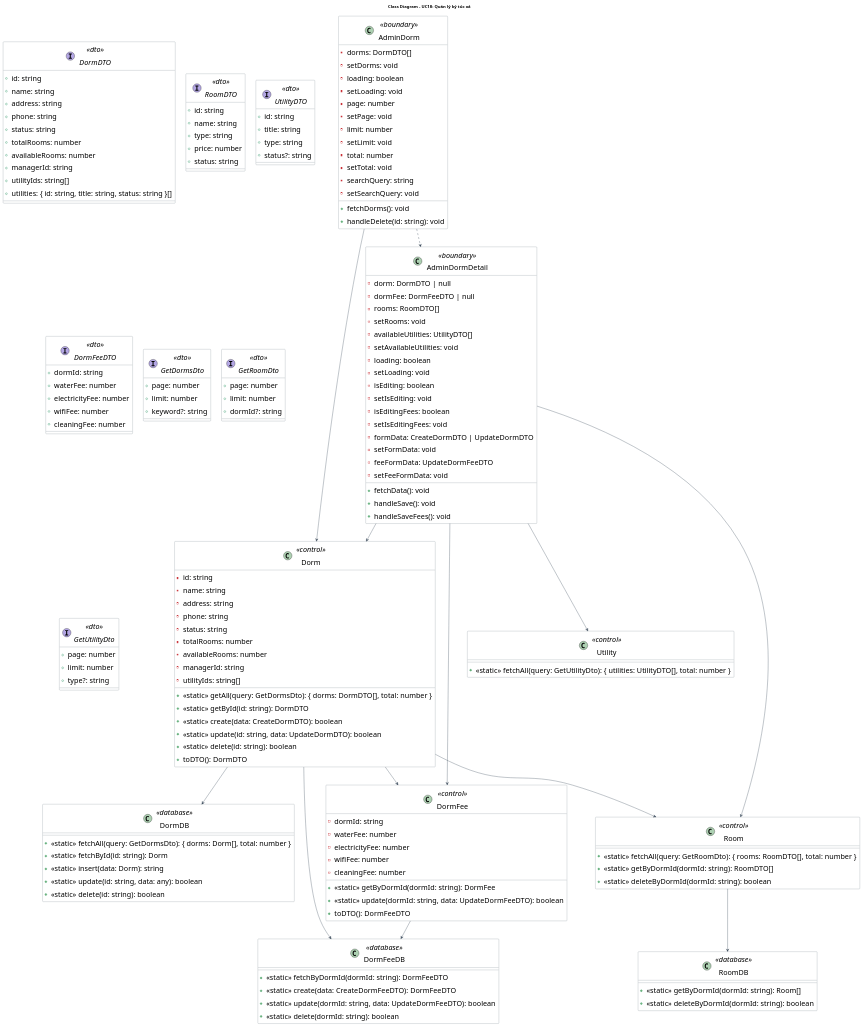
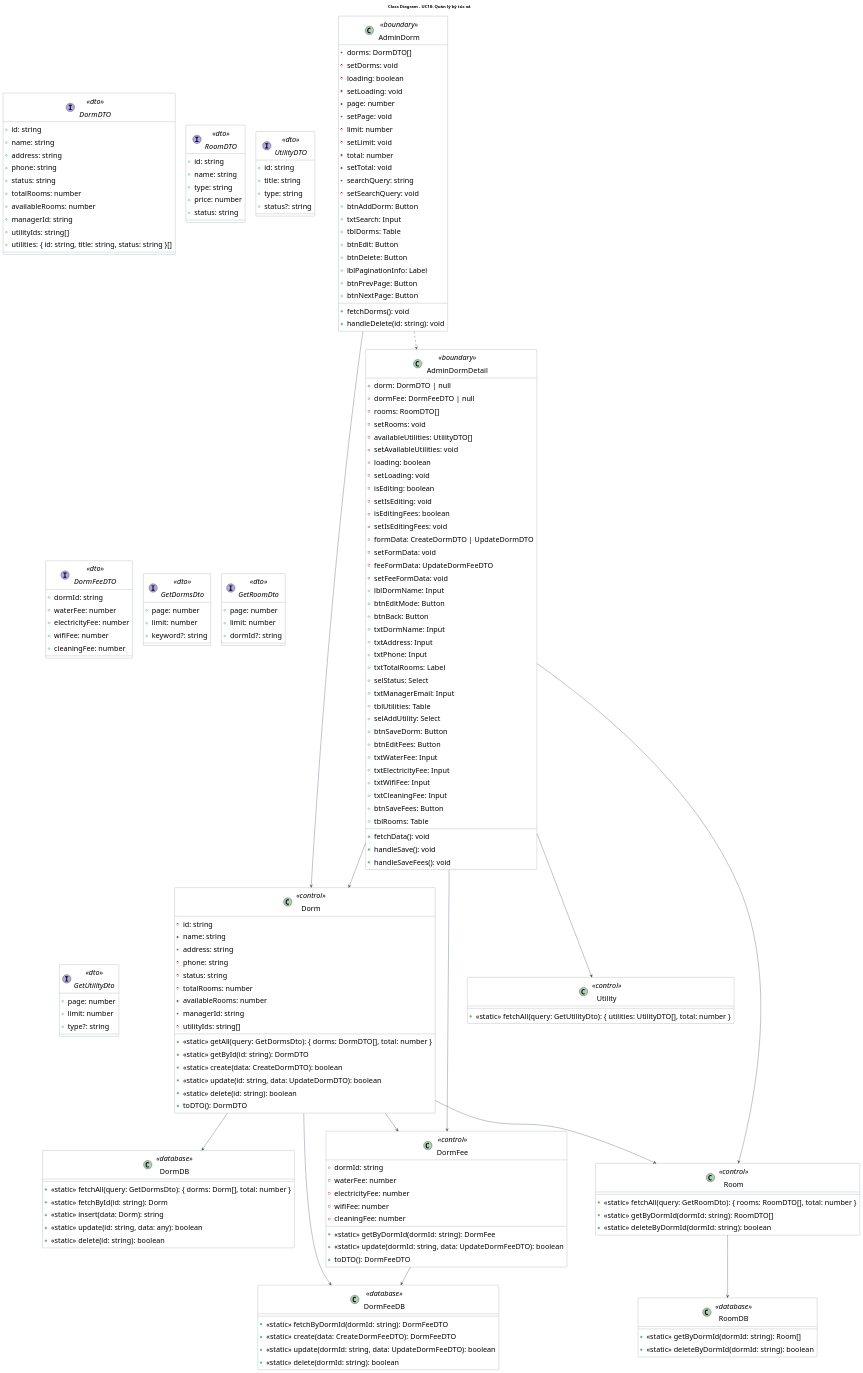
One commit to Gnourt812005/HCMUS-Analyze-and-desgin-IS changed the diagram in doc/system/quan_ly_ky_tuc_xa/QuanLyKyTucXa_ClassDiagram.wsd. Above: the diagram before and after it, drawn with PlantUML. The commit also changed 12 other files, not shown here.

Commit message:
truong/digram: update diagram

```diff
--- a/doc/system/quan_ly_ky_tuc_xa/QuanLyKyTucXa_ClassDiagram.wsd
+++ b/doc/system/quan_ly_ky_tuc_xa/QuanLyKyTucXa_ClassDiagram.wsd
@@ -25,6 +25,14 @@
     - setTotal: void
     - searchQuery: string
     - setSearchQuery: void
+    + btnAddDorm: Button
+    + txtSearch: Input
+    + tblDorms: Table
+    + btnEdit: Button
+    + btnDelete: Button
+    + lblPaginationInfo: Label
+    + btnPrevPage: Button
+    + btnNextPage: Button
     + fetchDorms(): void
     + handleDelete(id: string): void
 }
@@ -46,6 +54,25 @@
     - setFormData: void
     - feeFormData: UpdateDormFeeDTO
     - setFeeFormData: void
+    + lblDormName: Input
+    + btnEditMode: Button
+    + btnBack: Button
+    + txtDormName: Input
+    + txtAddress: Input
+    + txtPhone: Input
+    + txtTotalRooms: Label
+    + selStatus: Select
+    + txtManagerEmail: Input
+    + tblUtilities: Table
+    + selAddUtility: Select
+    + btnSaveDorm: Button
+    + btnEditFees: Button
+    + txtWaterFee: Input
+    + txtElectricityFee: Input
+    + txtWifiFee: Input
+    + txtCleaningFee: Input
+    + btnSaveFees: Button
+    + tblRooms: Table
     + fetchData(): void
     + handleSave(): void
     + handleSaveFees(): void
```
